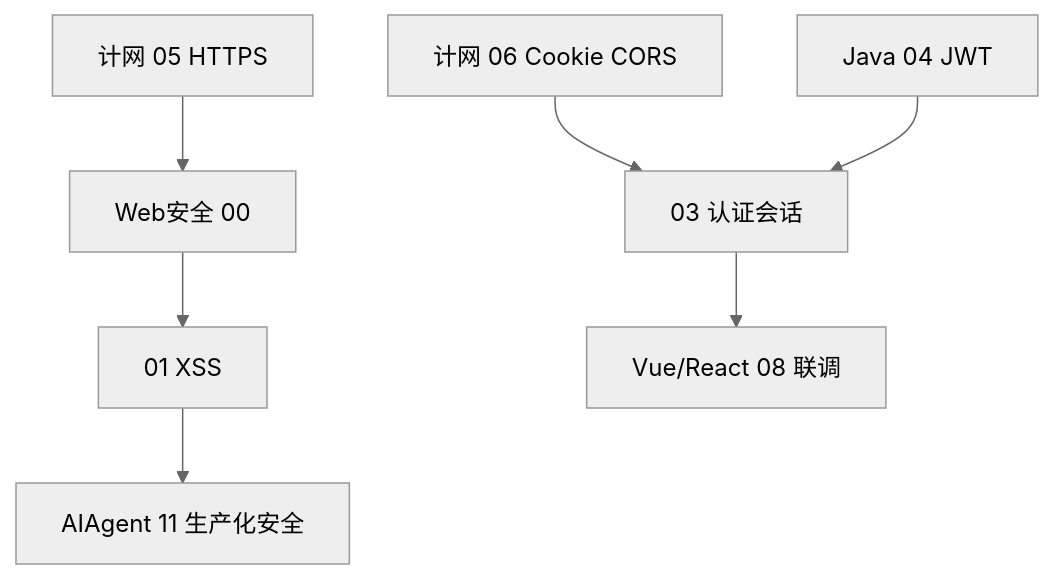
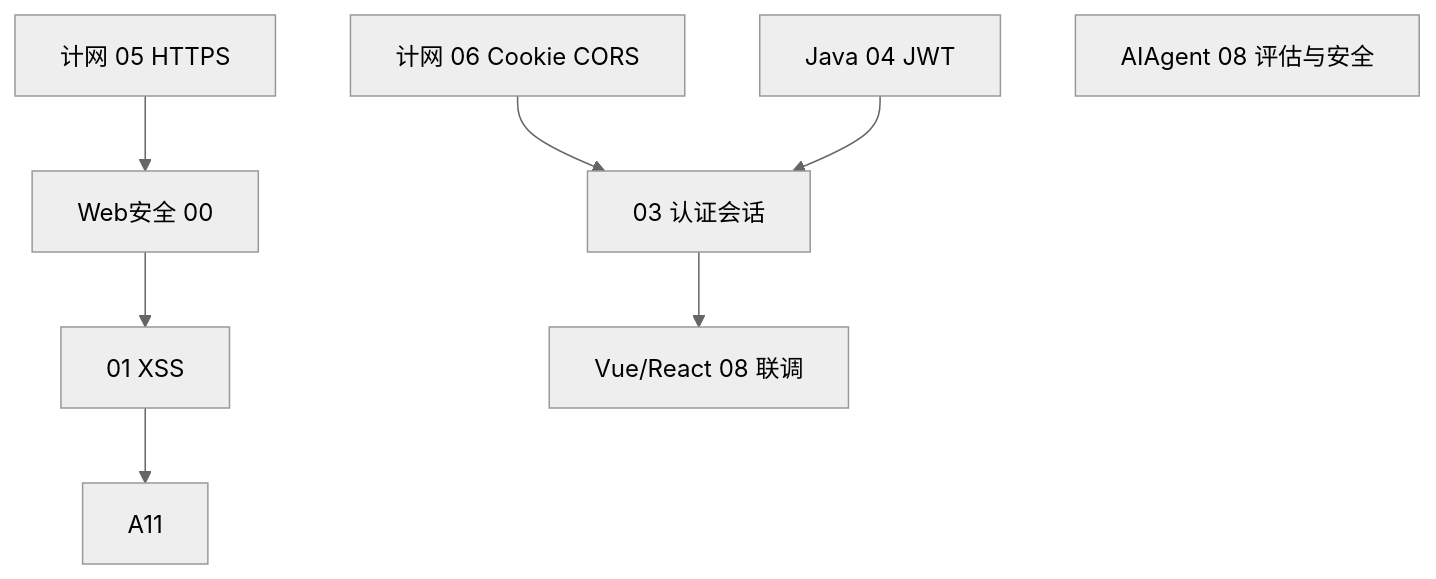
One commit to moqix26/study changed the second of 2 diagrams in 前端学习/Web安全/00-学习路线图与说明.md. Above: the diagram before and after it, drawn with Mermaid (neutral theme). The commit also changed other lines of this file and 202 other files, not shown here.

````diff
--- a/前端学习/Web安全/00-学习路线图与说明.md
+++ b/前端学习/Web安全/00-学习路线图与说明.md
@@ -427,16 +427,16 @@
 ```mermaid
 flowchart TB
     N05[计网 05 HTTPS]
     N06[计网 06 Cookie CORS]
     W00[Web安全 00]
     W01[01 XSS]
     W03[03 认证会话]
     V08[Vue/React 08 联调]
     J04[Java 04 JWT]
-    A11[AIAgent 11 生产化安全]
+    A08[AIAgent 08 评估与安全]
     N05 --> W00 --> W01
     N06 --> W03
     W03 --> V08
     J04 --> W03
     W01 --> A11
 ```
````
